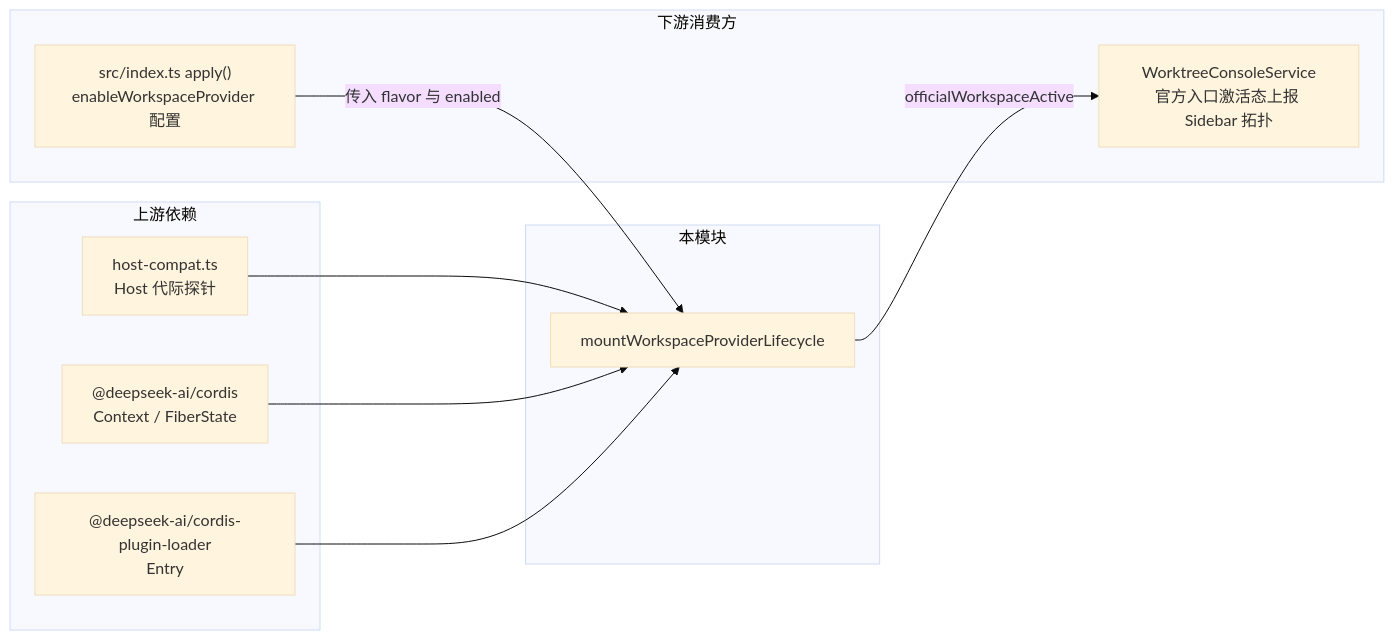
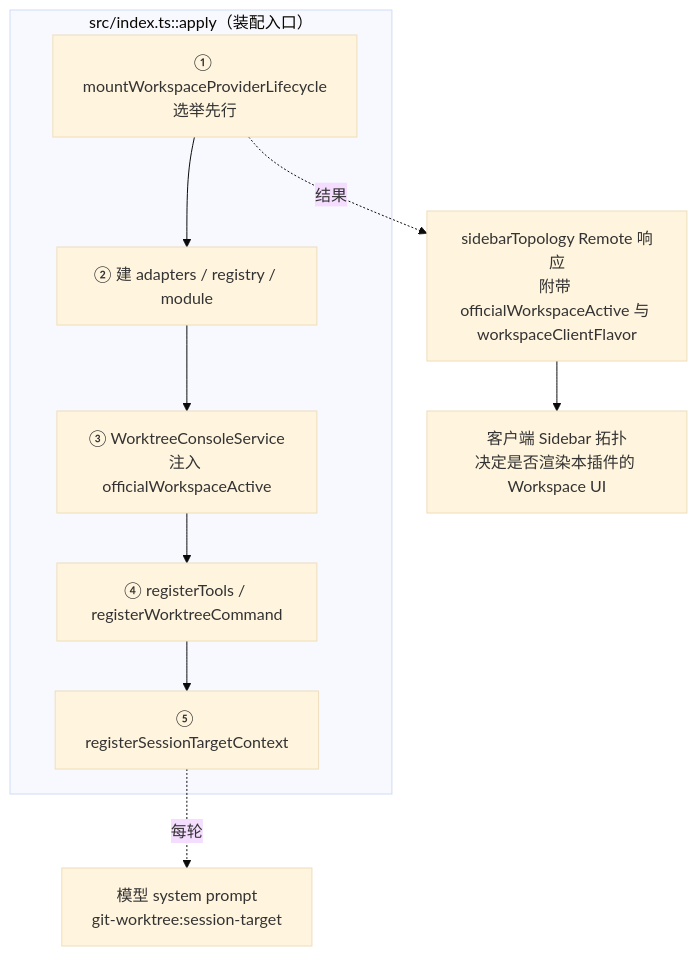
One commit to ikliml666/dsh-git-workspace changed the seventh of 7 diagrams in .codewiki/modules/workspace-provider-lifecycle.md. Above: the diagram before and after it, drawn with Mermaid (base theme). The commit also changed other lines of this file and 50 other files, not shown here.

````diff
--- a/.codewiki/modules/workspace-provider-lifecycle.md
+++ b/.codewiki/modules/workspace-provider-lifecycle.md
@@ -148,20 +211,16 @@
 ```mermaid
-flowchart LR
-    subgraph 上游["上游依赖"]
-        HC["host-compat.ts<br/>Host 代际探针"]
-        CORDIS["@deepseek-ai/cordis<br/>Context / FiberState"]
-        LOADER["@deepseek-ai/cordis-plugin-loader<br/>Entry"]
+flowchart TB
+    subgraph Index["src/index.ts::apply（装配入口）"]
+        A1["① mountWorkspaceProviderLifecycle<br/>选举先行"]
+        A2["② 建 adapters / registry / module"]
+        A3["③ WorktreeConsoleService<br/>注入 officialWorkspaceActive"]
+        A4["④ registerTools / registerWorktreeCommand"]
+        A5["⑤ registerSessionTargetContext"]
     end
-    subgraph 本模块
-        WPL["mountWorkspaceProviderLifecycle"]
-    end
-    subgraph 下游["下游消费方"]
-        IDX["src/index.ts apply()<br/>enableWorkspaceProvider 配置"]
-        SVC["WorktreeConsoleService<br/>官方入口激活态上报 Sidebar 拓扑"]
-    end
-    HC --> WPL
-    CORDIS --> WPL
-    LOADER --> WPL
-    IDX -->|"传入 flavor 与 enabled"| WPL
-    WPL -->|"officialWorkspaceActive"| SVC
+
+    A1 --> A2 --> A3 --> A4 --> A5
+
+    A1 -.->|"结果"| Svc["sidebarTopology Remote 响应<br/>附带 officialWorkspaceActive 与 workspaceClientFlavor"]
+    A5 -.->|"每轮"| Prompt["模型 system prompt<br/>git-worktree:session-target"]
+    Svc --> Client["客户端 Sidebar 拓扑<br/>决定是否渲染本插件的 Workspace UI"]
 ```
````
